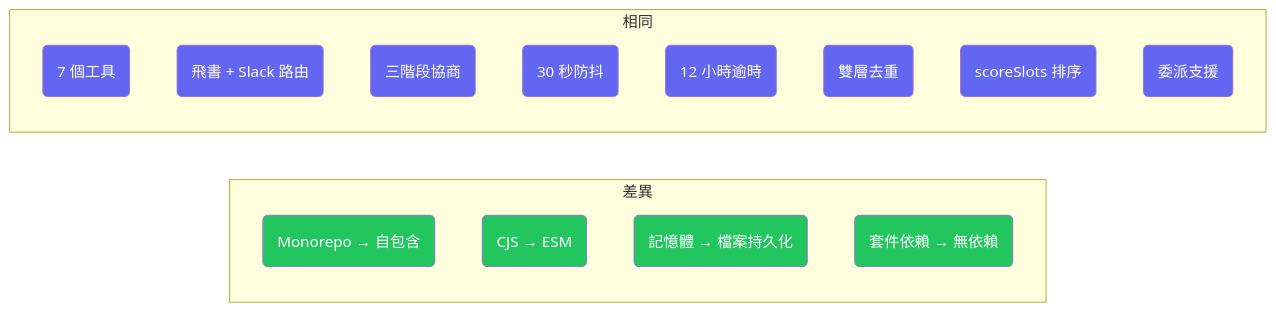
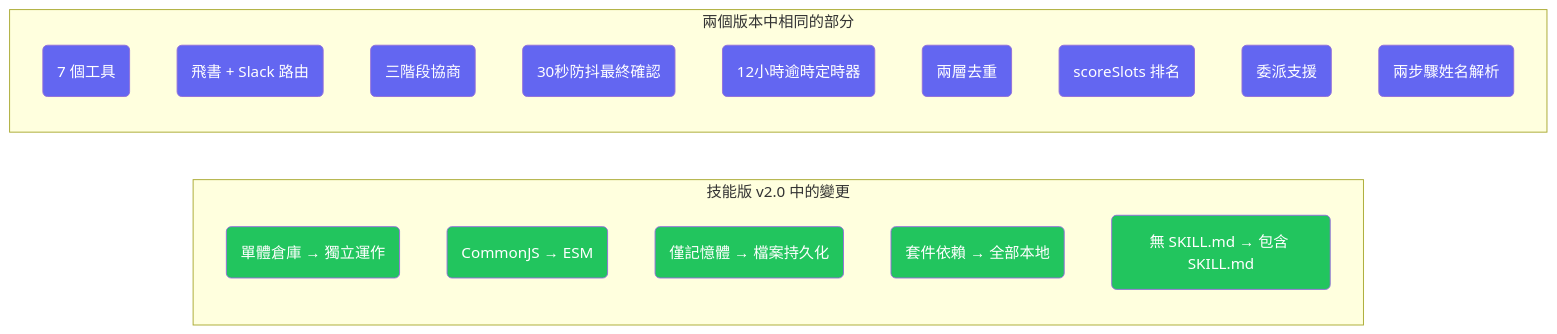
Diagram 13 of 13 in README.zh-TW.md (javana3/claw_meeting_all), drawn with Mermaid before and after one commit. The commit also changed other lines of this file and 4 other files, not shown here.

First line of the commit message:
docs: rewrite all 5 READMEs with detailed Plugin/Skill flow + diff

````diff
--- a/README.zh-TW.md
+++ b/README.zh-TW.md
@@ -289,33 +469,37 @@
 ```mermaid
 graph LR
-    subgraph "差異"
-        D1(Monorepo → 自包含)
-        D2(CJS → ESM)
-        D3(記憶體 → 檔案持久化)
-        D4(套件依賴 → 無依賴)
+    subgraph "技能版 v2.0 中的變更"
+        D1(單體倉庫 → 獨立運作)
+        D2(CommonJS → ESM)
+        D3(僅記憶體 → 檔案持久化)
+        D4(套件依賴 → 全部本地)
+        D5(無 SKILL.md → 包含 SKILL.md)
     end
 
-    subgraph "相同"
+    subgraph "兩個版本中相同的部分"
         S1(7 個工具)
         S2(飛書 + Slack 路由)
         S3(三階段協商)
-        S4(30 秒防抖)
-        S5(12 小時逾時)
-        S6(雙層去重)
-        S7(scoreSlots 排序)
+        S4(30秒防抖最終確認)
+        S5(12小時逾時定時器)
+        S6(兩層去重)
+        S7(scoreSlots 排名)
         S8(委派支援)
+        S9(兩步驟姓名解析)
     end
 
     style D1 fill:#22c55e,color:#fff
     style D2 fill:#22c55e,color:#fff
     style D3 fill:#22c55e,color:#fff
     style D4 fill:#22c55e,color:#fff
+    style D5 fill:#22c55e,color:#fff
     style S1 fill:#6366f1,color:#fff
     style S2 fill:#6366f1,color:#fff
     style S3 fill:#6366f1,color:#fff
     style S4 fill:#6366f1,color:#fff
     style S5 fill:#6366f1,color:#fff
     style S6 fill:#6366f1,color:#fff
     style S7 fill:#6366f1,color:#fff
     style S8 fill:#6366f1,color:#fff
+    style S9 fill:#6366f1,color:#fff
 ```
````
